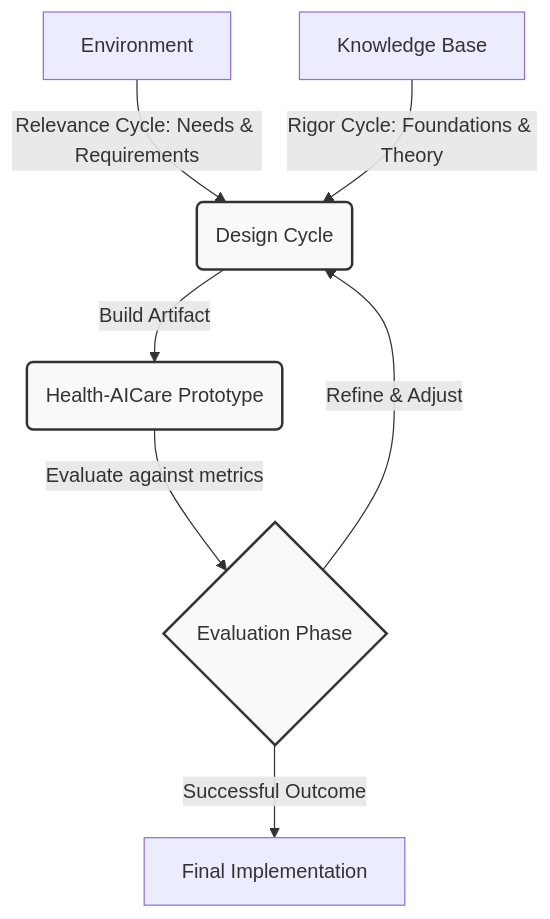
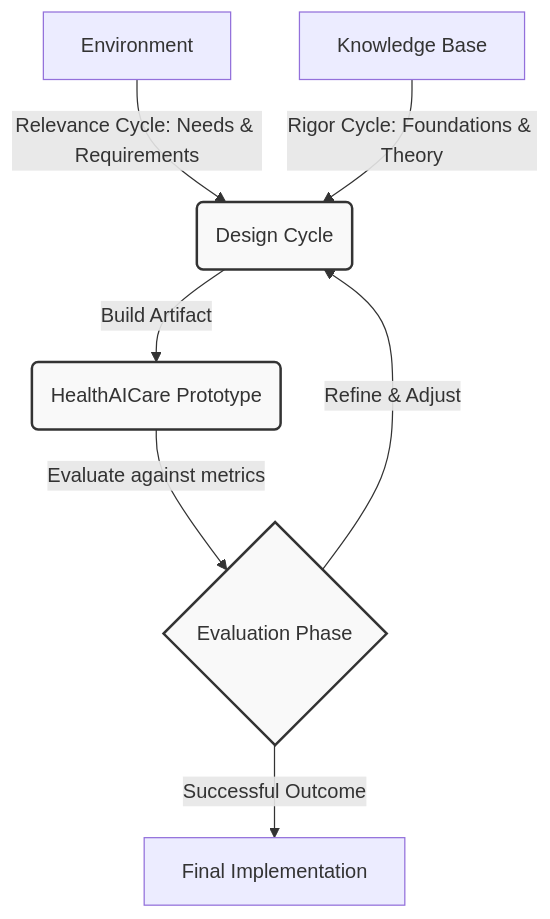
The diagram in docs-site/docs/research/methodology.md (lombeytjhtt96-glitch/Health-AICare), drawn with Mermaid before and after one commit. The commit also changed other lines of this file and 255 other files, not shown here.

````diff
--- a/docs-site/docs/research/methodology.md
+++ b/docs-site/docs/research/methodology.md
@@ -15,12 +15,12 @@
 ```mermaid
 graph TD
  A[Environment] -->|Relevance Cycle: Needs & Requirements| B(Design Cycle)
  C[Knowledge Base] -->|Rigor Cycle: Foundations & Theory| B
- B -->|Build Artifact| D(Health-AICare Prototype)
+ B -->|Build Artifact| D(HealthAICare Prototype)
  D -->|Evaluate against metrics| E{Evaluation Phase}
  E -->|Refine & Adjust| B
  E -->|Successful Outcome| F[Final Implementation]
  
  classDef primary fill:#f9f9f9,stroke:#333,stroke-width:2px;
  class B,D,E primary;
 ```
````
